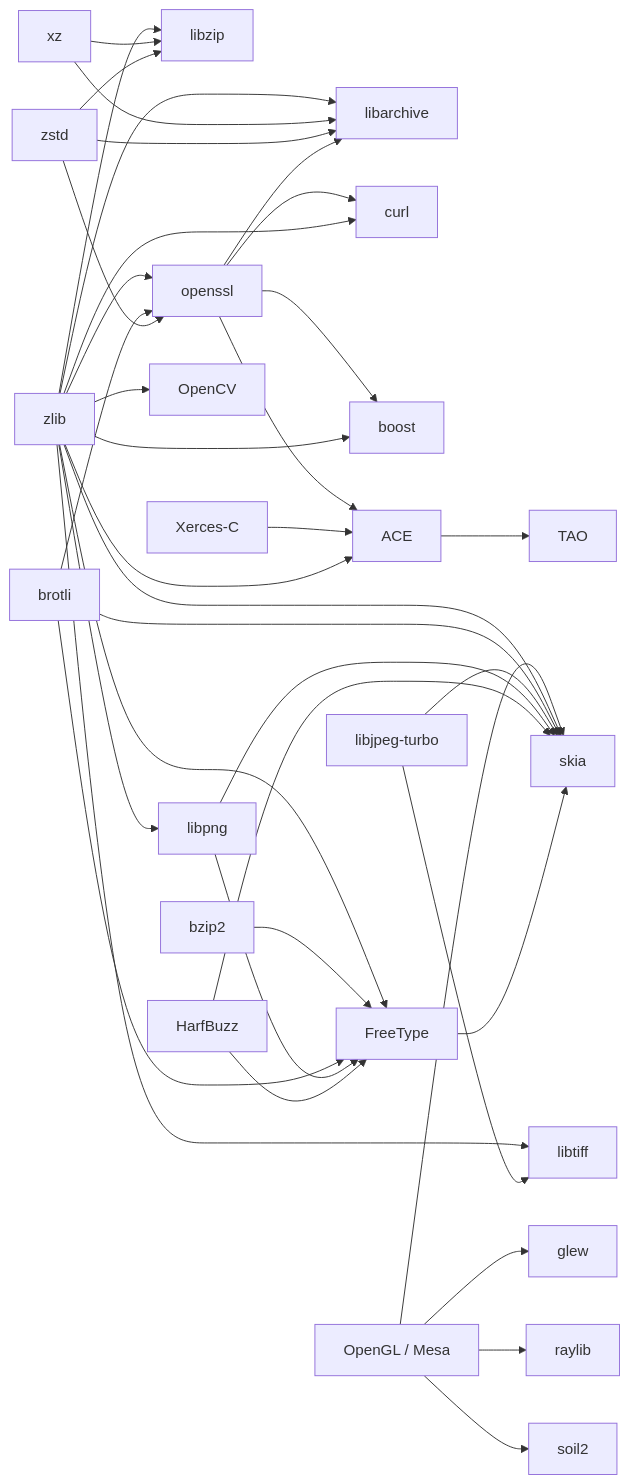
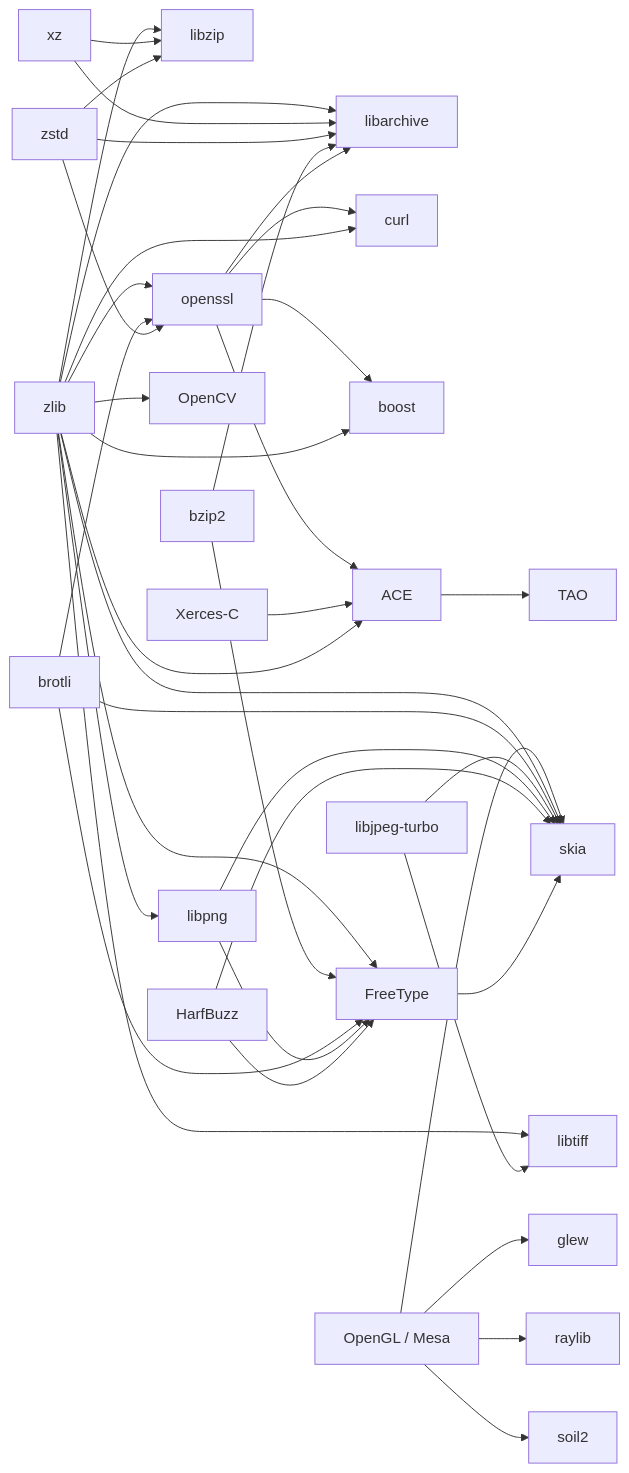
Before and after one commit to adeccscholar/BuildEngine-Admin: the diagram in admin/server-docs/libraries.md, drawn with Mermaid. The commit also changed other lines of this file, not shown here.

Commit message:
Add bzip2 to libarchive integration docs

````diff
--- a/admin/server-docs/libraries.md
+++ b/admin/server-docs/libraries.md
@@ -27,50 +27,51 @@
 ```mermaid
 flowchart LR
    zlib --> libzip
    xz --> libzip
    zstd --> libzip
 
    zlib --> libarchive
    xz --> libarchive
    zstd --> libarchive
+   bzip2 --> libarchive
    openssl --> libarchive
 
    zlib --> openssl
    brotli --> openssl
    zstd --> openssl
 
    openssl --> curl
    zlib --> curl
 
    openssl --> boost
    zlib --> boost
 
    openssl --> ace[ACE]
    xerces[Xerces-C] --> ace
    zlib --> ace
    ace --> tao[TAO]
 
    opengl[OpenGL / Mesa] --> glew
    opengl --> raylib
    opengl --> soil2
 
    zlib --> libpng
    zlib --> libtiff
    jpeg[libjpeg-turbo] --> libtiff
 
    zlib --> freetype[FreeType]
    bzip2 --> freetype
    brotli --> freetype
    libpng --> freetype
    harfbuzz[HarfBuzz] --> freetype
 
    opengl --> skia
    zlib --> skia
    brotli --> skia
    jpeg --> skia
    libpng --> skia
    harfbuzz --> skia
    freetype --> skia
 
    zlib --> opencv[OpenCV]
 ```
````
